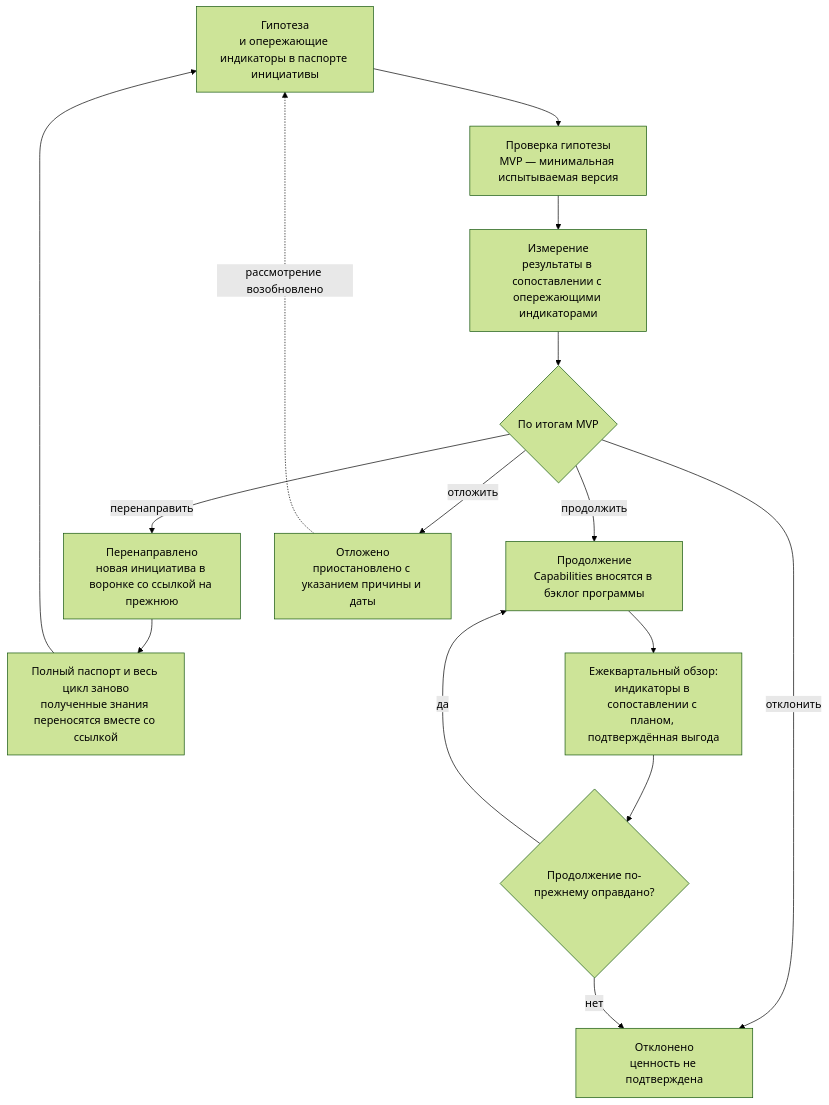
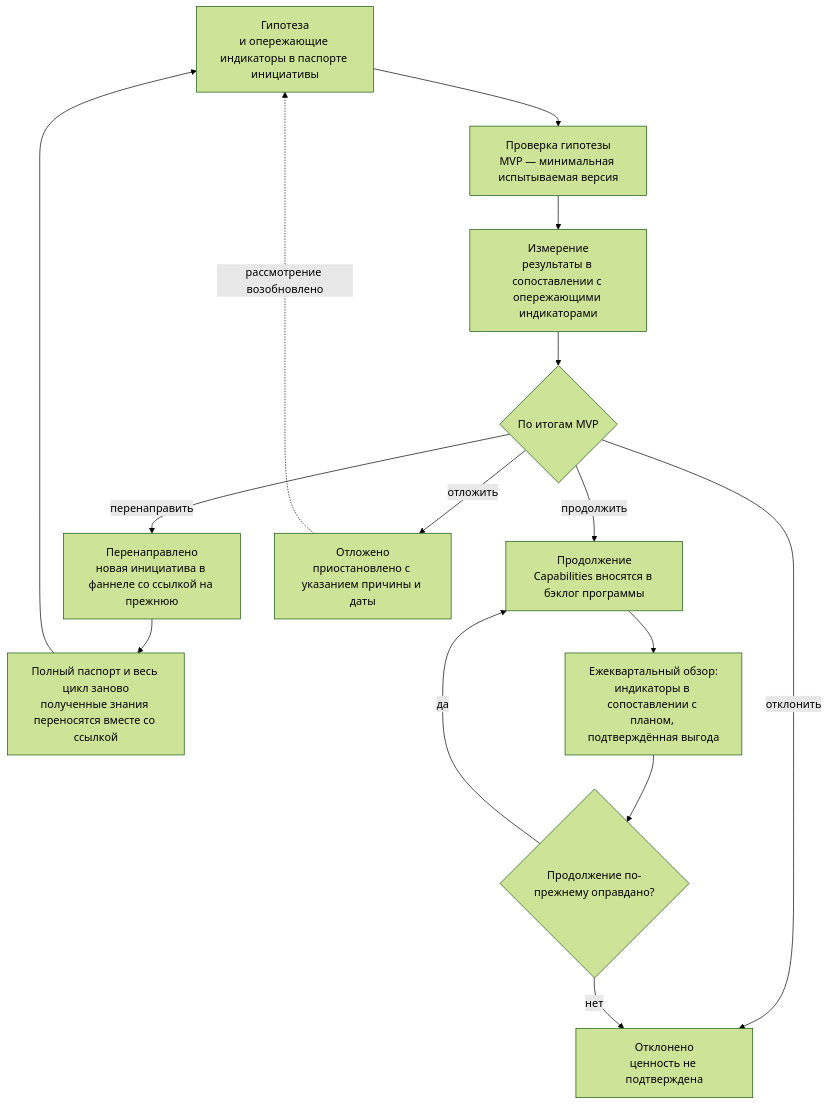
One commit to devhogu/ob-aicc changed the seventh of 8 diagrams in charter/ru/documents/portfolio-management-model.md. Above: the diagram before and after it, drawn with Mermaid (forest theme). The commit also changed other lines of this file and 96 other files, not shown here.

````diff
--- a/charter/ru/documents/portfolio-management-model.md
+++ b/charter/ru/documents/portfolio-management-model.md
@@ -271,17 +271,17 @@
 ```mermaid
 flowchart TB
   H["Гипотеза<br/>и опережающие индикаторы в паспорте инициативы"] --> P["Проверка гипотезы<br/>MVP — минимальная испытываемая версия"]
   P --> M["Измерение<br/>результаты в сопоставлении с опережающими индикаторами"]
   M --> D{"По итогам MVP"}
   D -->|продолжить| C["Продолжение<br/>Capabilities вносятся в бэклог программы"]
-  D -->|перенаправить| V["Перенаправлено<br/>новая инициатива в воронке со ссылкой на прежнюю"]
+  D -->|перенаправить| V["Перенаправлено<br/>новая инициатива в фаннеле со ссылкой на прежнюю"]
   D -->|отложить| DF["Отложено<br/>приостановлено с указанием причины и даты"]
   D -->|отклонить| R["Отклонено<br/>ценность не подтверждена"]
   DF -.рассмотрение возобновлено.-> H
   V --> H2["Полный паспорт и весь цикл заново<br/>полученные знания переносятся вместе со ссылкой"]
   H2 --> H
   C --> Q["Ежеквартальный обзор:<br/>индикаторы в сопоставлении с планом, подтверждённая выгода"]
   Q --> D2{"Продолжение по-прежнему оправдано?"}
   D2 -->|да| C
   D2 -->|нет| R
 ```
````
